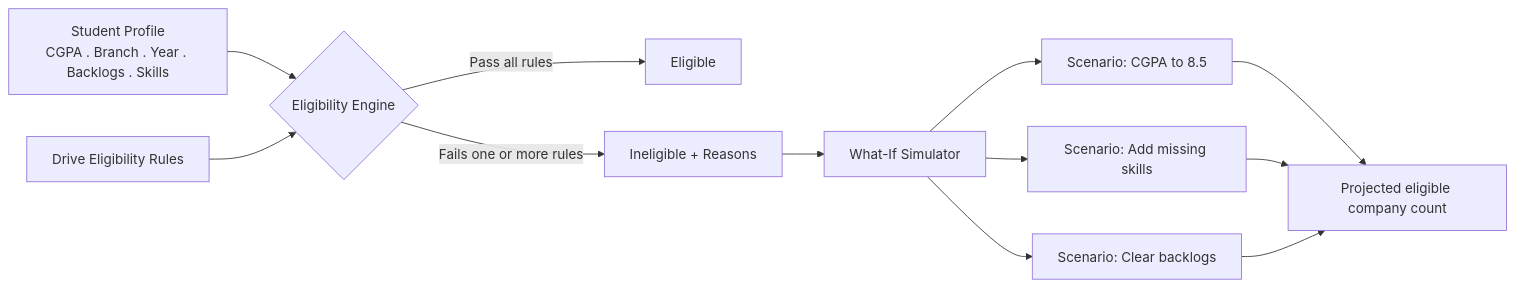
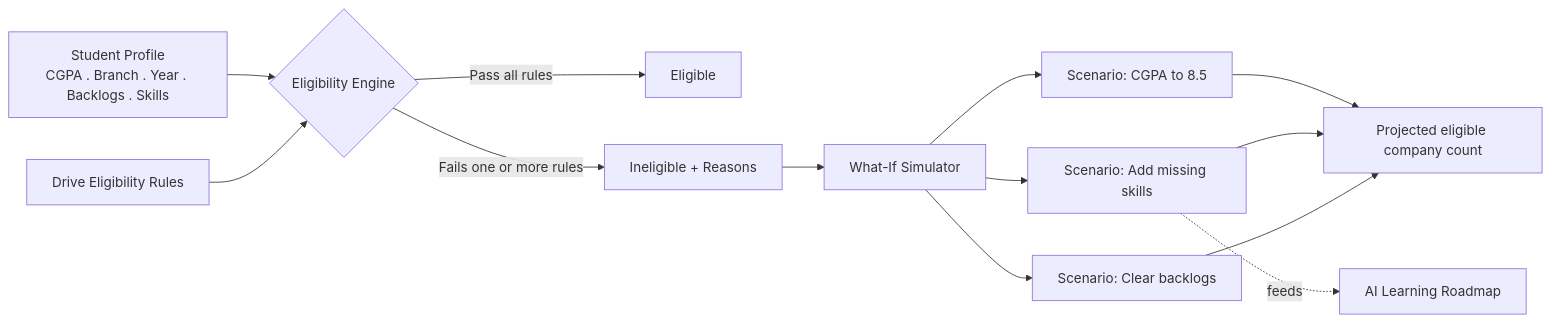
The third of 8 diagrams in README.md (Sunakshi8/campuslytics), drawn with Mermaid before and after one commit. The commit also changed other lines of this file, not shown here.

````diff
--- a/README.md
+++ b/README.md
@@ -62,14 +154,15 @@
 ```mermaid
 flowchart LR
     A[Student Profile<br/>CGPA . Branch . Year . Backlogs . Skills] --> B{Eligibility Engine}
     C[Drive Eligibility Rules] --> B
     B -->|Pass all rules| D[Eligible]
     B -->|Fails one or more rules| E[Ineligible + Reasons]
     E --> F[What-If Simulator]
     F --> G[Scenario: CGPA to 8.5]
     F --> H[Scenario: Add missing skills]
     F --> I[Scenario: Clear backlogs]
     G --> J[Projected eligible company count]
     H --> J
     I --> J
+    H -.feeds.-> K[AI Learning Roadmap]
 ```
````
